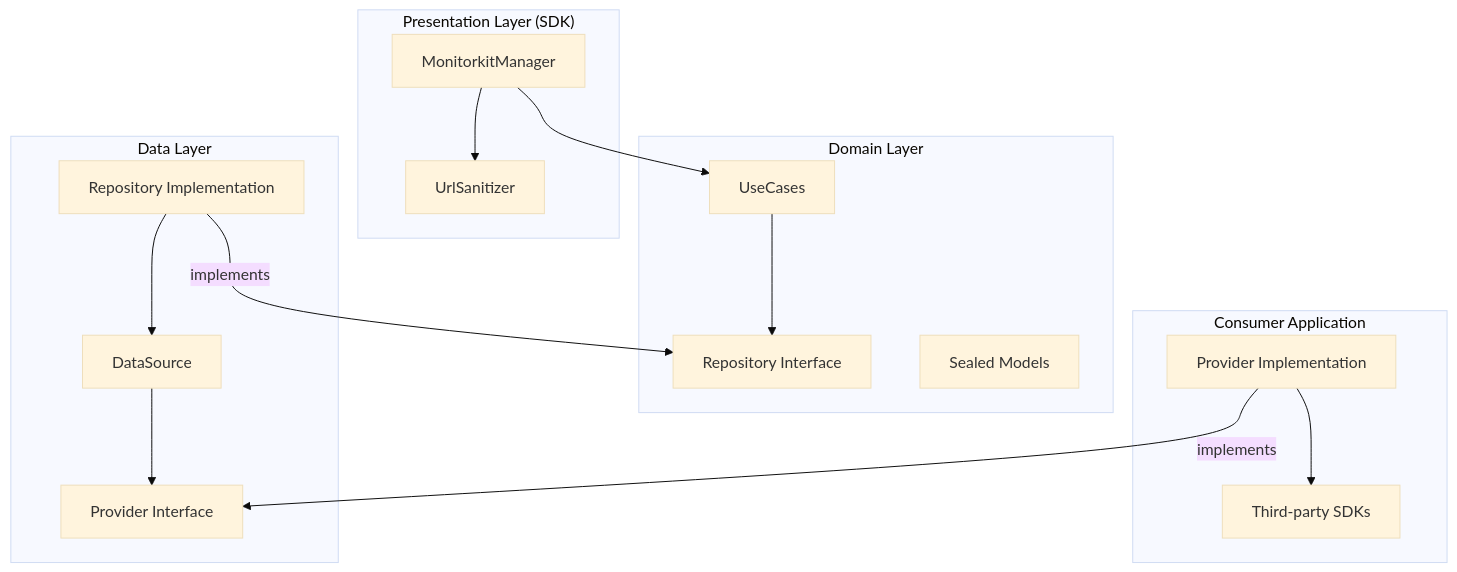
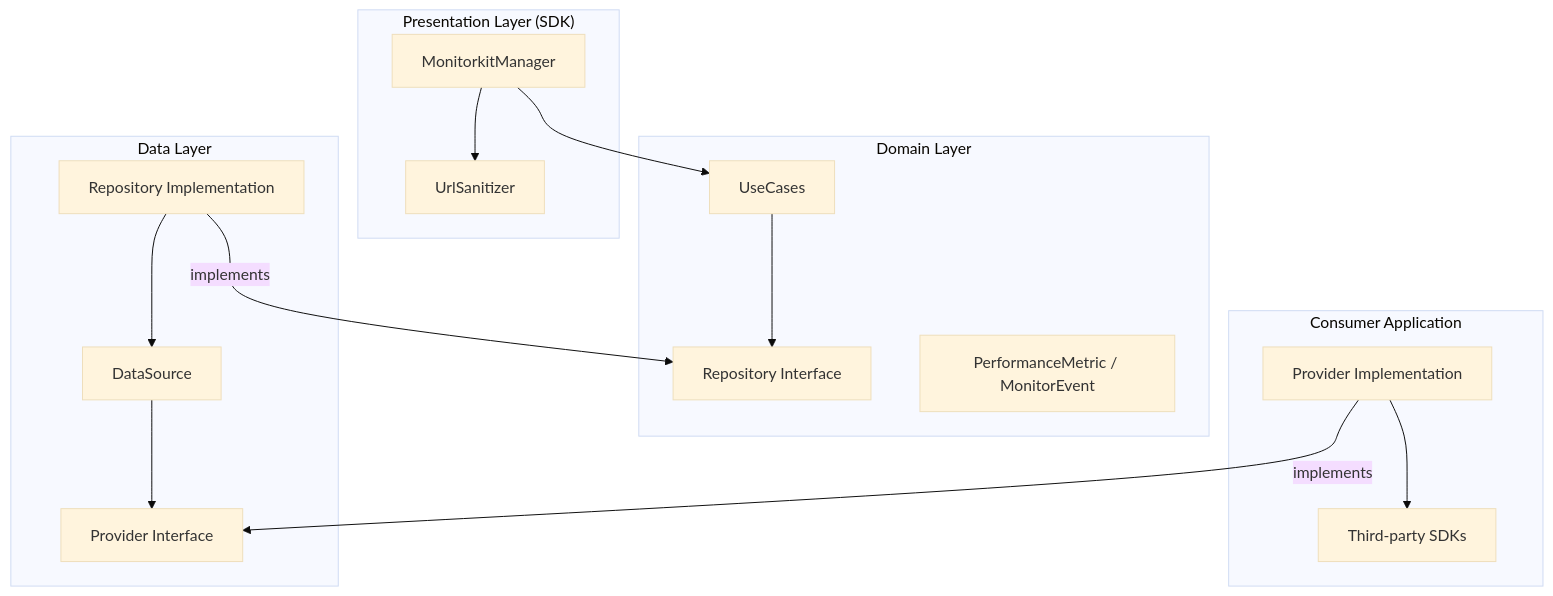
The diagram in README.md (joshluq/monitorkit-android), drawn with Mermaid (base theme) before and after one commit. The commit also changed other lines of this file and 14 other files, not shown here.

````diff
--- a/README.md
+++ b/README.md
@@ -22,33 +24,33 @@
 ```mermaid
 graph TD
     subgraph "Presentation Layer (SDK)"
         M[MonitorkitManager]
         S[UrlSanitizer]
     end
 
     subgraph "Domain Layer"
         UC[UseCases]
         R[Repository Interface]
-        MOD[Sealed Models]
+        MOD[PerformanceMetric / MonitorEvent]
     end
 
     subgraph "Data Layer"
         RepoImpl[Repository Implementation]
         DS[DataSource]
         P[Provider Interface]
     end
 
     subgraph "Consumer Application"
         ImplP[Provider Implementation]
         ExtLib[Third-party SDKs]
     end
 
     M --> S
     M --> UC
     UC --> R
     RepoImpl -- implements --> R
     RepoImpl --> DS
     DS --> P
     ImplP -- implements --> P
     ImplP --> ExtLib
 ```
````
